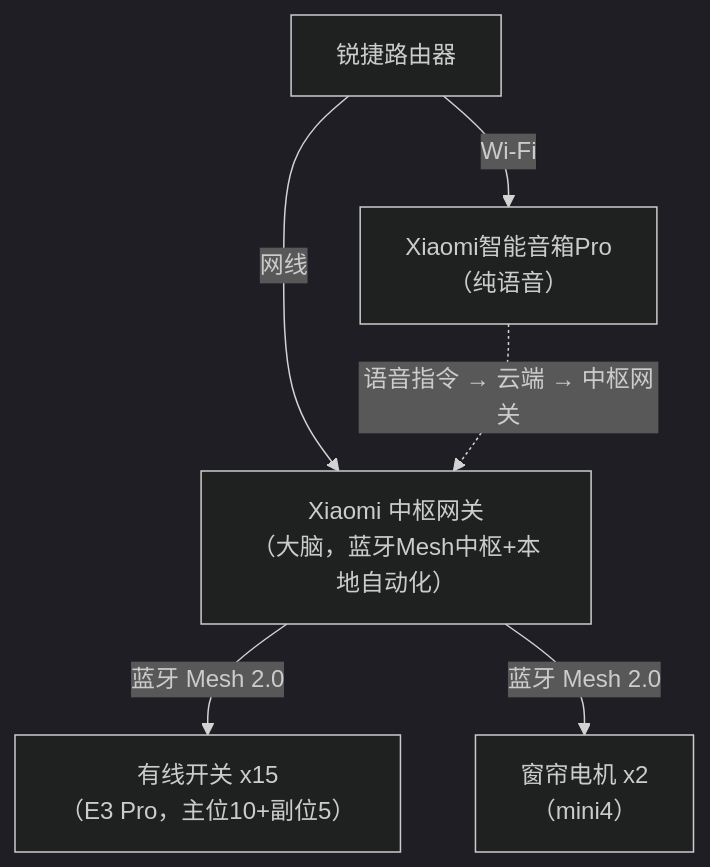
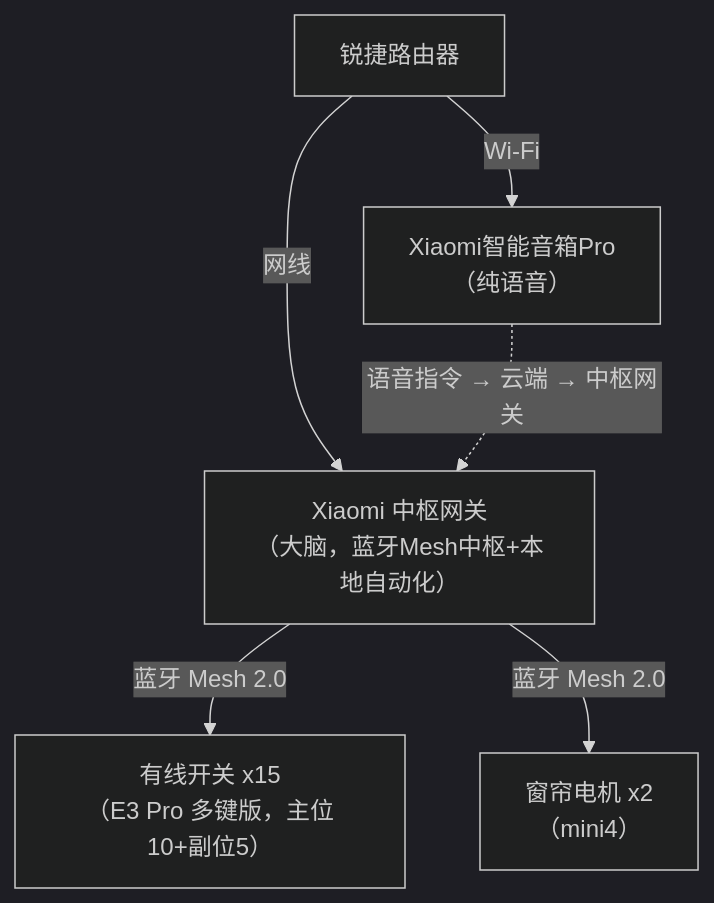
The fifth of 5 diagrams in docs/02-devices.md (csh1314/home-smart), drawn with Mermaid (dark theme) before and after one commit. The commit also changed other lines of this file and 2 other files, not shown here.

````diff
--- a/docs/02-devices.md
+++ b/docs/02-devices.md
@@ -517,8 +521,8 @@
 ```mermaid
 graph TD
     R["锐捷路由器"] -->|"网线"| Z["Xiaomi 中枢网关\n（大脑，蓝牙Mesh中枢+本地自动化）"]
     R -->|"Wi-Fi"| P["Xiaomi智能音箱Pro\n（纯语音）"]
-    Z -->|"蓝牙 Mesh 2.0"| S["有线开关 x15\n（E3 Pro，主位10+副位5）"]
+    Z -->|"蓝牙 Mesh 2.0"| S["有线开关 x15\n（E3 Pro 多键版，主位10+副位5）"]
     Z -->|"蓝牙 Mesh 2.0"| C["窗帘电机 x2\n（mini4）"]
     P -. "语音指令 → 云端 → 中枢网关" .-> Z
 ```
````
